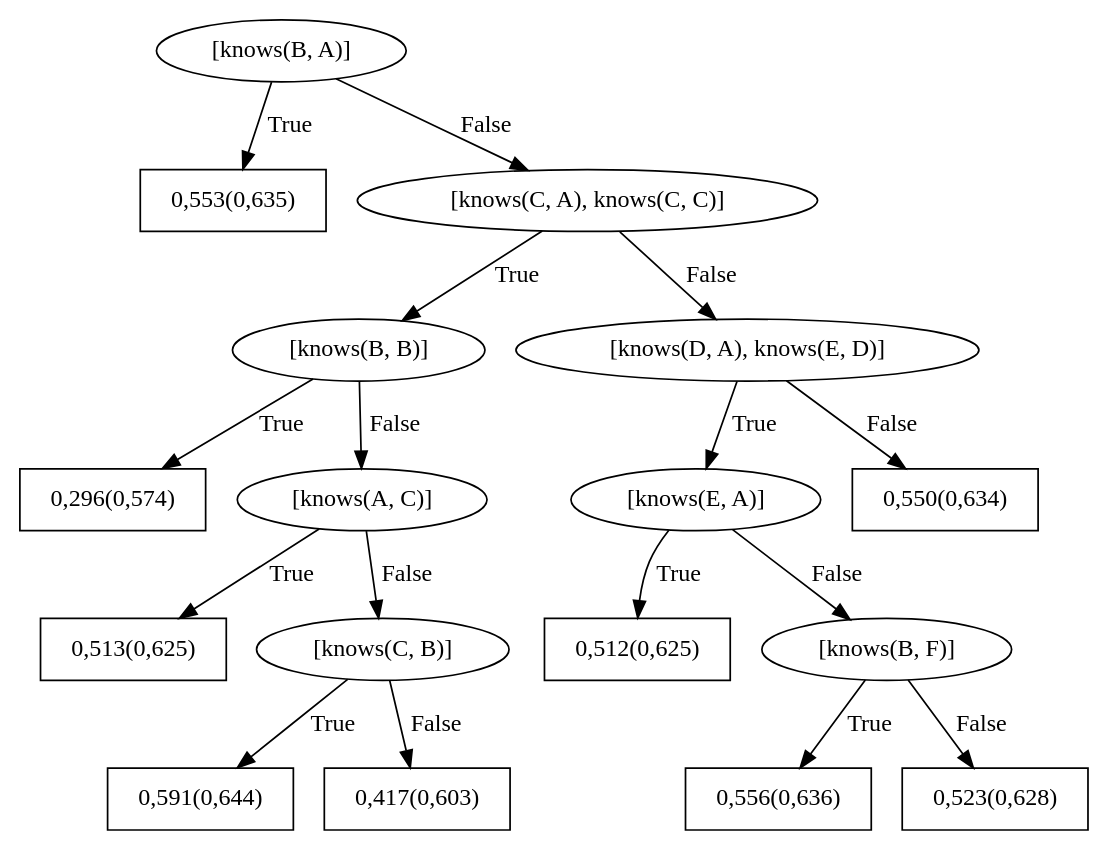
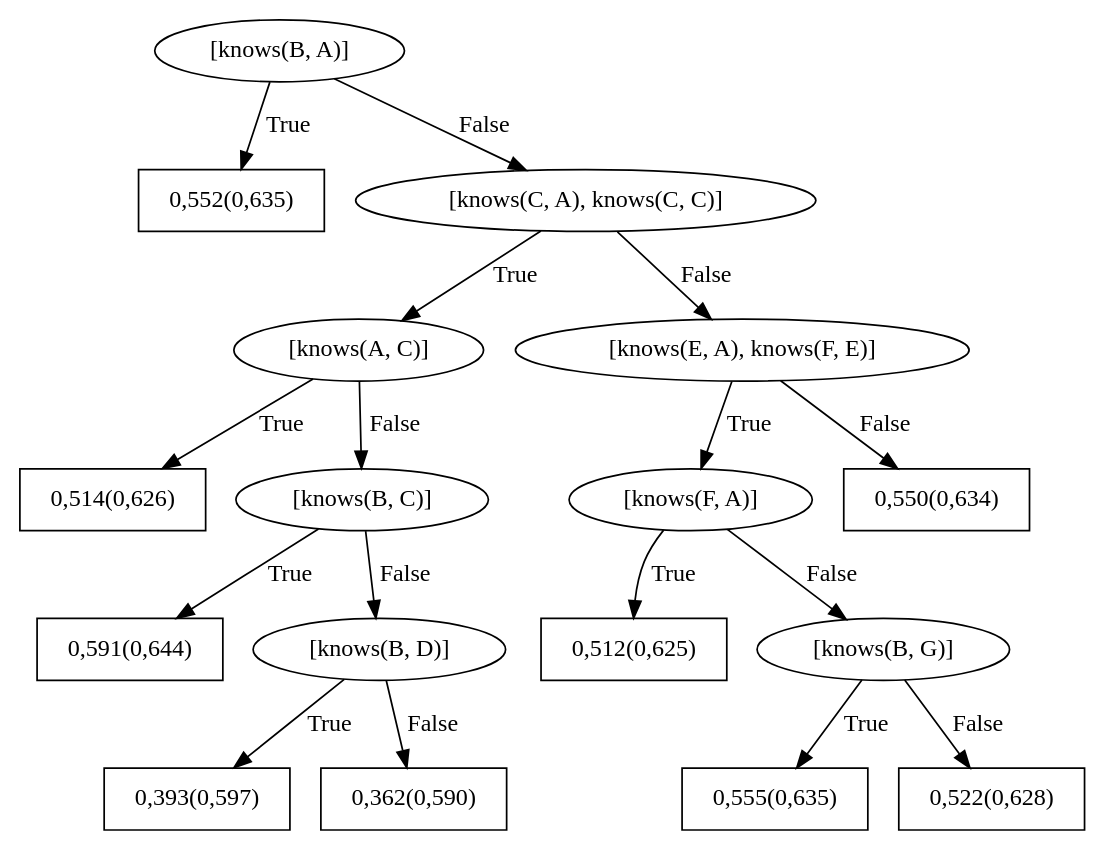
The diagram in SRLBoost/data/trust/train/models/bRDNs/dotFiles/WILLTreeFor_trusts2.dot (GabrielaPC/Trabalho-SRL), drawn with Graphviz before and after one commit. The commit also changed 67 other files, not shown here.

```diff
--- a/SRLBoost/data/trust/train/models/bRDNs/dotFiles/WILLTreeFor_trusts2.dot
+++ b/SRLBoost/data/trust/train/models/bRDNs/dotFiles/WILLTreeFor_trusts2.dot
@@ -1,35 +1,35 @@
 digraph G{ 
 1[label = "[knows(B, A)]"];
 1 -> 2[label="True"];
 1 -> 3[label="False"];
-2[shape = box,label = "0,553(0,635)"];
+2[shape = box,label = "0,552(0,635)"];
 3[label = "[knows(C, A), knows(C, C)]"];
 3 -> 4[label="True"];
 3 -> 5[label="False"];
-4[label = "[knows(B, B)]"];
+4[label = "[knows(A, C)]"];
 4 -> 6[label="True"];
 4 -> 7[label="False"];
-6[shape = box,label = "0,296(0,574)"];
-7[label = "[knows(A, C)]"];
+6[shape = box,label = "0,514(0,626)"];
+7[label = "[knows(B, C)]"];
 7 -> 8[label="True"];
 7 -> 9[label="False"];
-8[shape = box,label = "0,513(0,625)"];
-9[label = "[knows(C, B)]"];
+8[shape = box,label = "0,591(0,644)"];
+9[label = "[knows(B, D)]"];
 9 -> 10[label="True"];
 9 -> 11[label="False"];
-10[shape = box,label = "0,591(0,644)"];
-11[shape = box,label = "0,417(0,603)"];
-5[label = "[knows(D, A), knows(E, D)]"];
+10[shape = box,label = "0,393(0,597)"];
+11[shape = box,label = "0,362(0,590)"];
+5[label = "[knows(E, A), knows(F, E)]"];
 5 -> 12[label="True"];
 5 -> 13[label="False"];
-12[label = "[knows(E, A)]"];
+12[label = "[knows(F, A)]"];
 12 -> 14[label="True"];
 12 -> 15[label="False"];
 14[shape = box,label = "0,512(0,625)"];
-15[label = "[knows(B, F)]"];
+15[label = "[knows(B, G)]"];
 15 -> 16[label="True"];
 15 -> 17[label="False"];
-16[shape = box,label = "0,556(0,636)"];
-17[shape = box,label = "0,523(0,628)"];
+16[shape = box,label = "0,555(0,635)"];
+17[shape = box,label = "0,522(0,628)"];
 13[shape = box,label = "0,550(0,634)"];
 }
```
